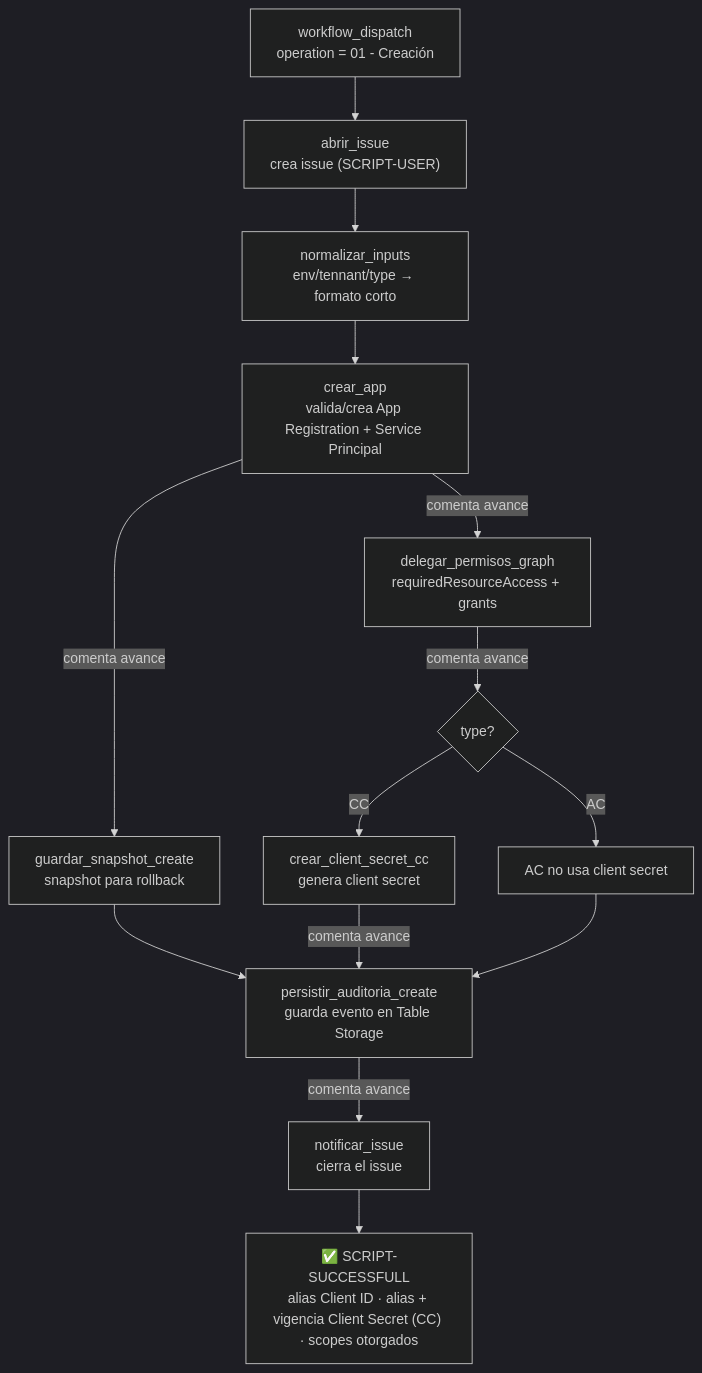
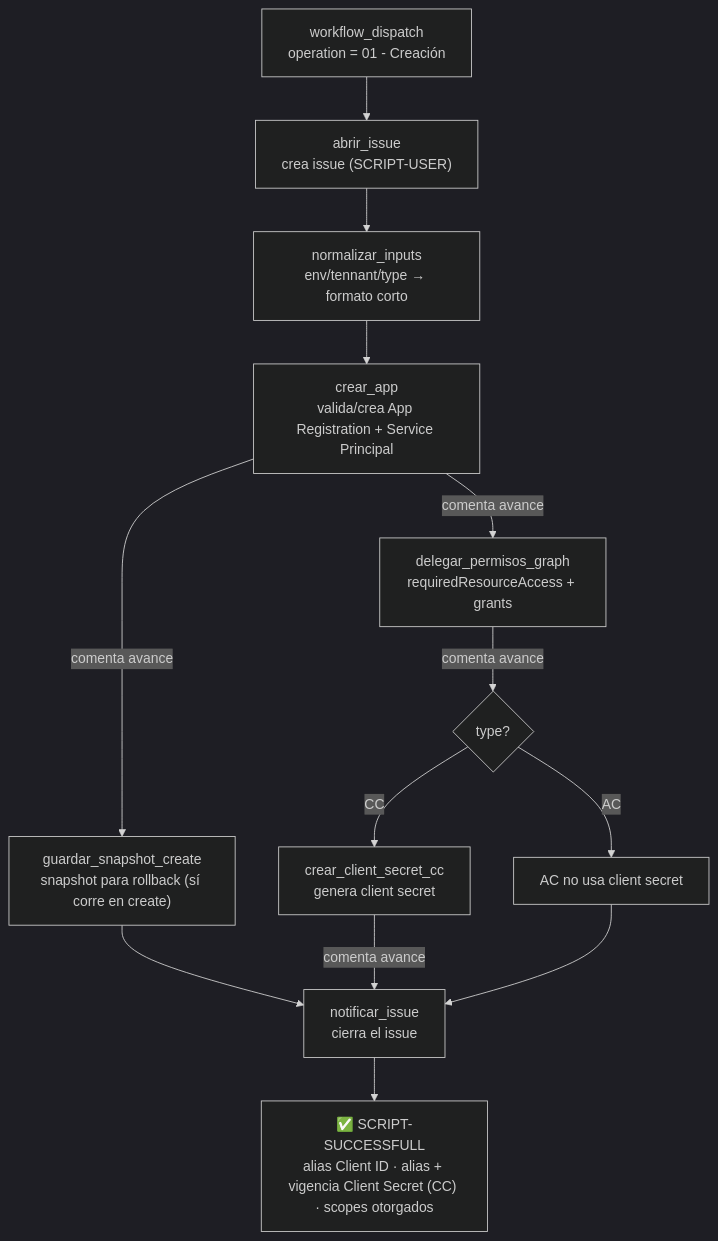
One commit to yegecali/automation-identity-azure changed the first of 2 diagrams in README.md. Above: the diagram before and after it, drawn with Mermaid (dark theme). The commit also changed other lines of this file and 2 other files, not shown here.

First line of the commit message:
Skip audit-log persistence on create; keep it on update and rollback snapshot on both

````diff
--- a/README.md
+++ b/README.md
@@ -64,16 +67,15 @@
 ```mermaid
 flowchart TD
     A["workflow_dispatch\noperation = 01 - Creación"] --> B["abrir_issue\ncrea issue (SCRIPT-USER)"]
     B --> C["normalizar_inputs\nenv/tennant/type → formato corto"]
     C --> D["crear_app\nvalida/crea App Registration + Service Principal"]
-    D -->|comenta avance| E["guardar_snapshot_create\nsnapshot para rollback"]
+    D -->|comenta avance| E["guardar_snapshot_create\nsnapshot para rollback (sí corre en create)"]
     D -->|comenta avance| F["delegar_permisos_graph\nrequiredResourceAccess + grants"]
     F -->|comenta avance| G{"type?"}
     G -->|CC| H["crear_client_secret_cc\ngenera client secret"]
     G -->|AC| I["AC no usa client secret"]
-    E --> J["persistir_auditoria_create\nguarda evento en Table Storage"]
-    H -->|comenta avance| J
-    I --> J
-    J -->|comenta avance| K["notificar_issue\ncierra el issue"]
+    E --> K["notificar_issue\ncierra el issue"]
+    H -->|comenta avance| K
+    I --> K
     K --> L["✅ SCRIPT-SUCCESSFULL\nalias Client ID · alias + vigencia Client Secret (CC) · scopes otorgados"]
 ```
````
